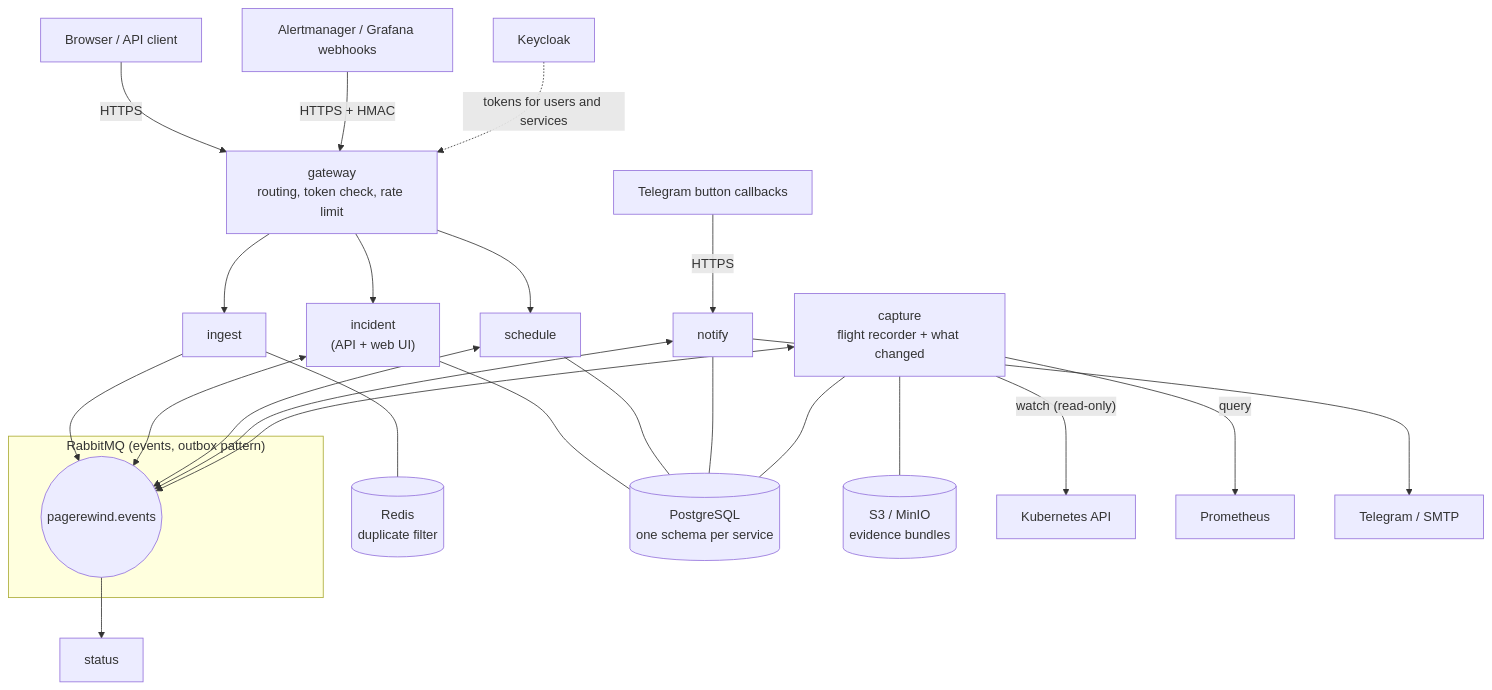
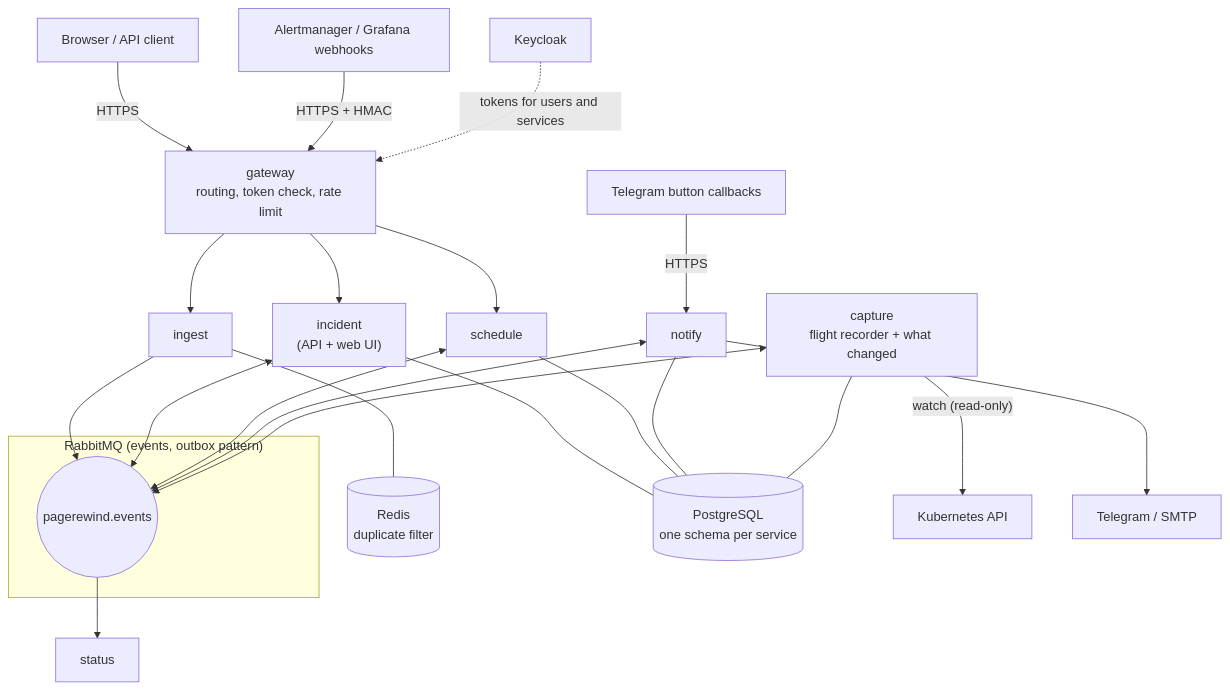
The third of 6 diagrams in docs/architecture.md (Yohan-Senadheera/pagerewind), drawn with Mermaid before and after one commit. The commit also changed other lines of this file and 23 other files, not shown here.

````diff
--- a/docs/architecture.md
+++ b/docs/architecture.md
@@ -89,33 +89,31 @@
 ```mermaid
 flowchart TB
     User["Browser / API client"] -->|HTTPS| GW["gateway<br/>routing, token check, rate limit"]
     AMW["Alertmanager / Grafana webhooks"] -->|HTTPS + HMAC| GW
 
     GW --> IN["ingest"]
     GW --> INC["incident<br/>(API + web UI)"]
     GW --> SCH["schedule"]
     NOTW["Telegram button callbacks"] -->|HTTPS| NOT["notify"]
 
     subgraph Bus["RabbitMQ (events, outbox pattern)"]
         EX(("pagerewind.events"))
     end
 
     IN --> EX
     INC <--> EX
     SCH <--> EX
     NOT <--> EX
     CAP["capture<br/>flight recorder + what changed"] <--> EX
     EX --> ST["status"]
 
     IN --- R[("Redis<br/>duplicate filter")]
     INC --- PG[("PostgreSQL<br/>one schema per service")]
     SCH --- PG
     NOT --- PG
     CAP --- PG
-    CAP --- S3[("S3 / MinIO<br/>evidence bundles")]
     CAP -->|"watch (read-only)"| K8S["Kubernetes API"]
-    CAP -->|query| PROM["Prometheus"]
     NOT --> TG["Telegram / SMTP"]
 
     KC["Keycloak"] -.->|"tokens for users and services"| GW
 ```
````
